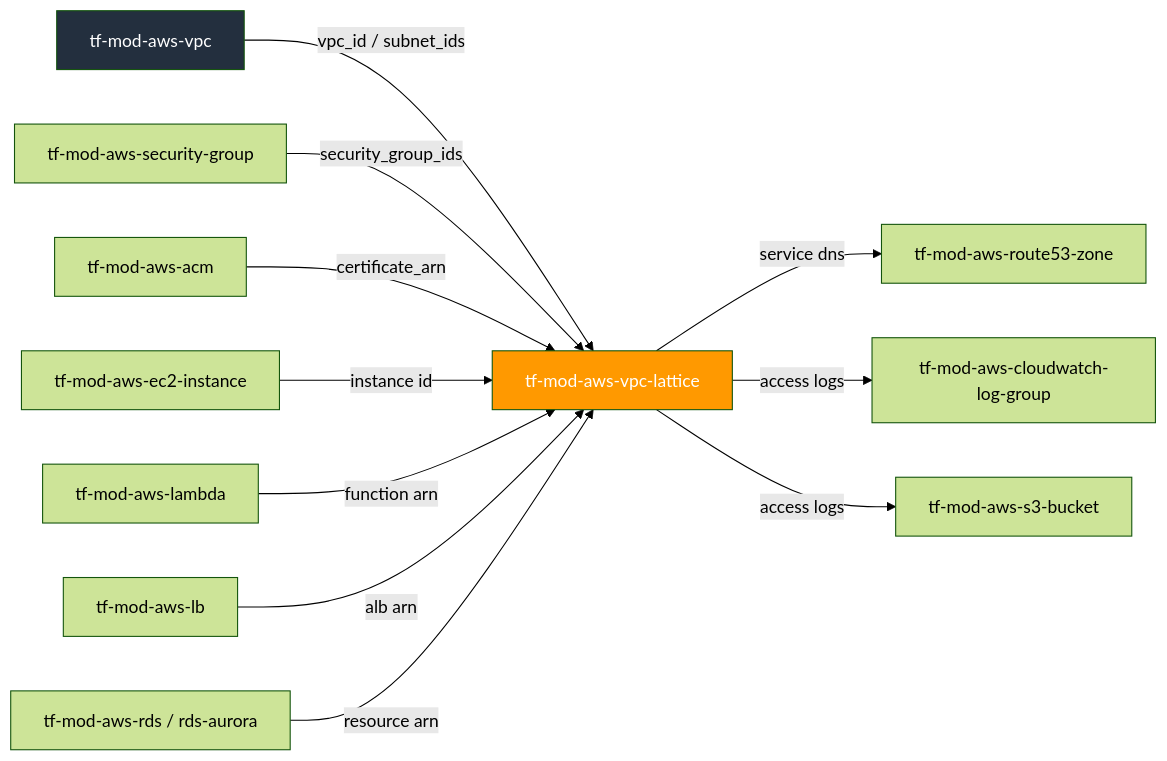
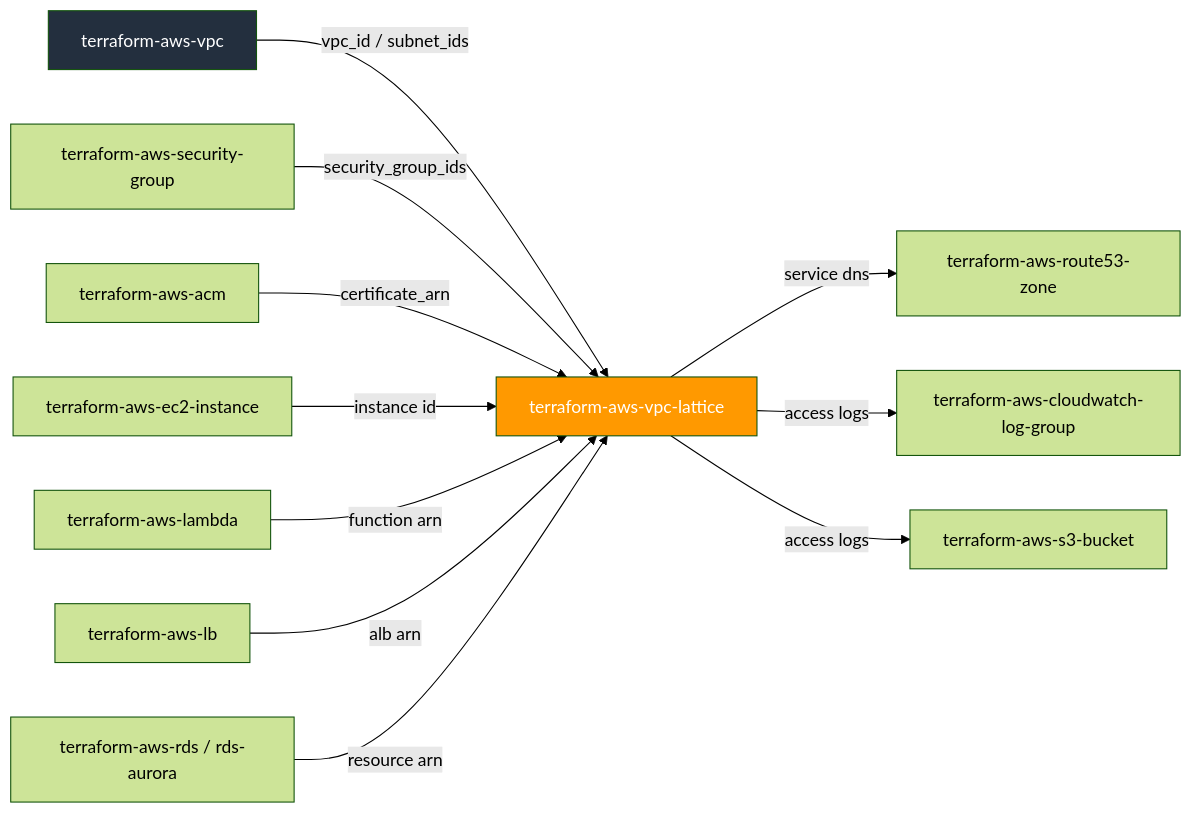
The first of 2 diagrams in README.md (microsoftexpert/terraform-aws-vpc-lattice), drawn with Mermaid (forest theme) before and after one commit. The commit also changed other lines of this file and 5 other files, not shown here.

````diff
--- a/README.md
+++ b/README.md
@@ -44,28 +44,28 @@
 ```mermaid
 flowchart LR
- vpc[tf-mod-aws-vpc]
- sg[tf-mod-aws-security-group]
- acm[tf-mod-aws-acm]
- lattice[tf-mod-aws-vpc-lattice]
- ec2[tf-mod-aws-ec2-instance]
- lambda[tf-mod-aws-lambda]
- lb[tf-mod-aws-lb]
- rds[tf-mod-aws-rds / rds-aurora]
- r53[tf-mod-aws-route53-zone]
- cwlog[tf-mod-aws-cloudwatch-log-group]
- s3[tf-mod-aws-s3-bucket]
+ vpc[terraform-aws-vpc]
+ sg[terraform-aws-security-group]
+ acm[terraform-aws-acm]
+ lattice[terraform-aws-vpc-lattice]
+ ec2[terraform-aws-ec2-instance]
+ lambda[terraform-aws-lambda]
+ lb[terraform-aws-lb]
+ rds[terraform-aws-rds / rds-aurora]
+ r53[terraform-aws-route53-zone]
+ cwlog[terraform-aws-cloudwatch-log-group]
+ s3[terraform-aws-s3-bucket]
 
  vpc -- vpc_id / subnet_ids --> lattice
  sg -- security_group_ids --> lattice
  acm -- certificate_arn --> lattice
  ec2 -- instance id --> lattice
  lambda -- function arn --> lattice
  lb -- alb arn --> lattice
  rds -- resource arn --> lattice
  lattice -- service dns --> r53
  lattice -- access logs --> cwlog
  lattice -- access logs --> s3
 
  style lattice fill:#FF9900,color:#fff
  style vpc fill:#232F3E,color:#fff
 ```
````
